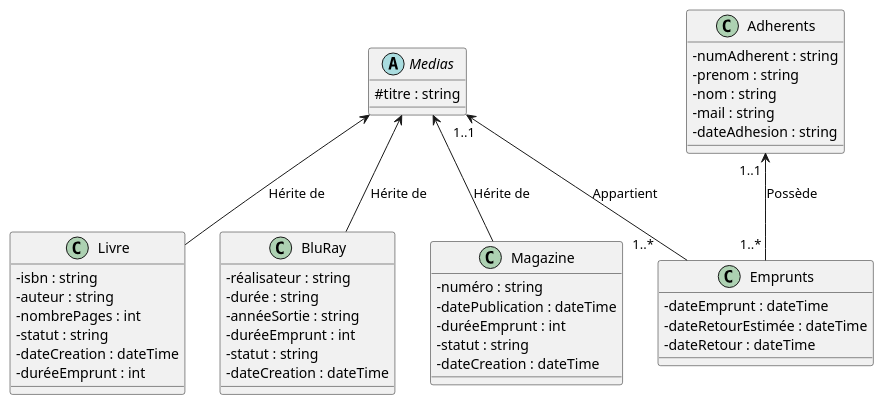
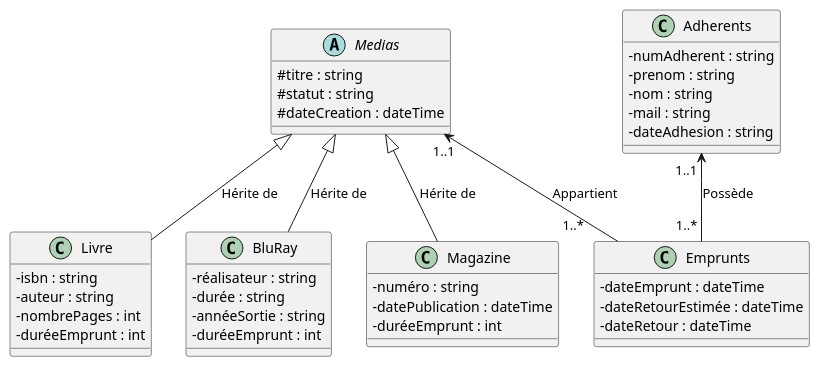
One commit to alexandregascon/php-projet-gestion-bibliotheque changed the diagram in Documentation/DiagrammeDeClasse.puml. Above: the diagram before and after it, drawn with PlantUML. The commit also changed 6 other files, not shown here.

```diff
--- a/Documentation/DiagrammeDeClasse.puml
+++ b/Documentation/DiagrammeDeClasse.puml
@@ -1,55 +1,51 @@
 @startuml
 
 skinparam classAttributeIconSize 0
 
 abstract class Medias{
     #titre : string
+    #statut : string
+    #dateCreation : dateTime
 }
 
 class Livre{
     -isbn : string
     -auteur : string
     -nombrePages : int
-    -statut : string
-    -dateCreation : dateTime
     -duréeEmprunt : int
 }
 
 class BluRay{
     -réalisateur : string
     -durée : string
     -annéeSortie : string
     -duréeEmprunt : int
-    -statut : string
-    -dateCreation : dateTime
 }
 
 class Magazine{
     -numéro : string
     -datePublication : dateTime
     -duréeEmprunt : int
-    -statut : string
-    -dateCreation : dateTime
 }
 
 class Adherents{
     -numAdherent : string
     -prenom : string
     -nom : string
     -mail : string
     -dateAdhesion : string
 }
 
 class Emprunts{
     -dateEmprunt : dateTime
     -dateRetourEstimée : dateTime
     -dateRetour : dateTime
 }
 
-Medias <-- Livre : "Hérite de"
-Medias <-- BluRay : "Hérite de"
-Medias <-- Magazine : "Hérite de"
+Medias <|-- Livre : "Hérite de"
+Medias <|-- BluRay : "Hérite de"
+Medias <|-- Magazine : "Hérite de"
 Medias "1..1"<-- "1..*      " Emprunts : "Appartient"
 Adherents "1..1 " <-- "1..* " Emprunts : "Possède"
 
 @enduml
```
